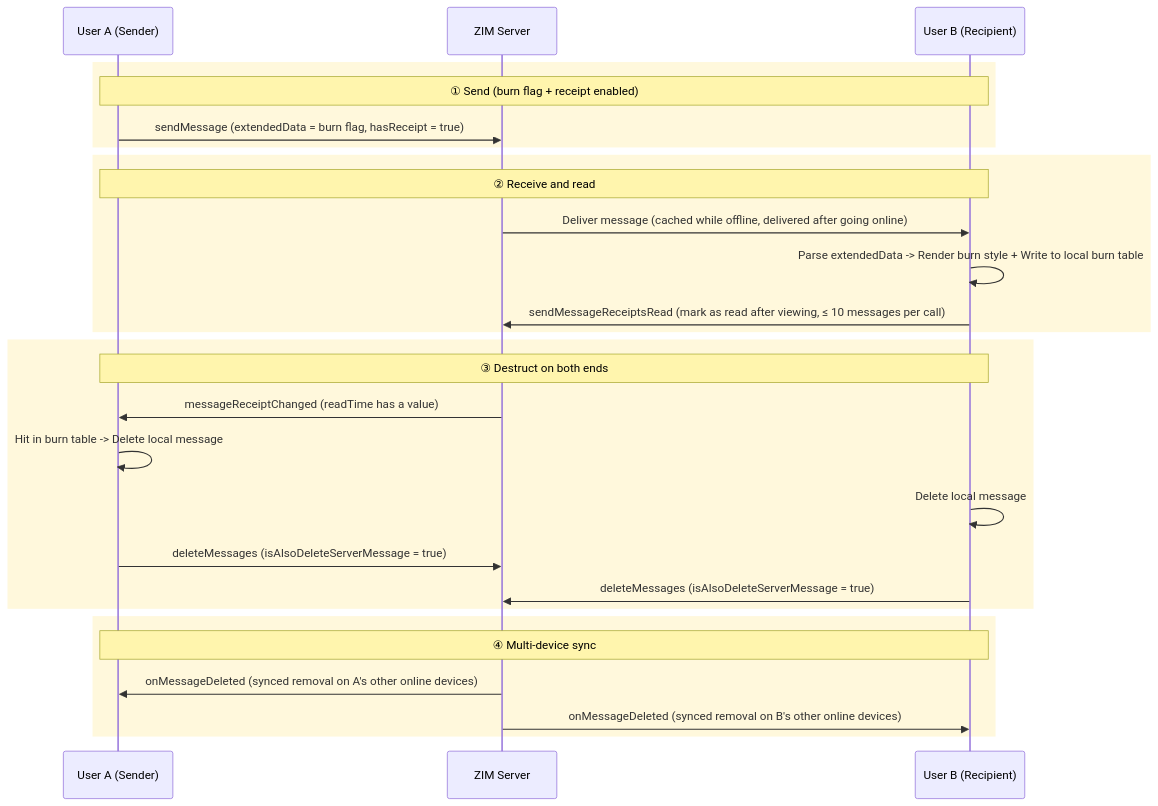
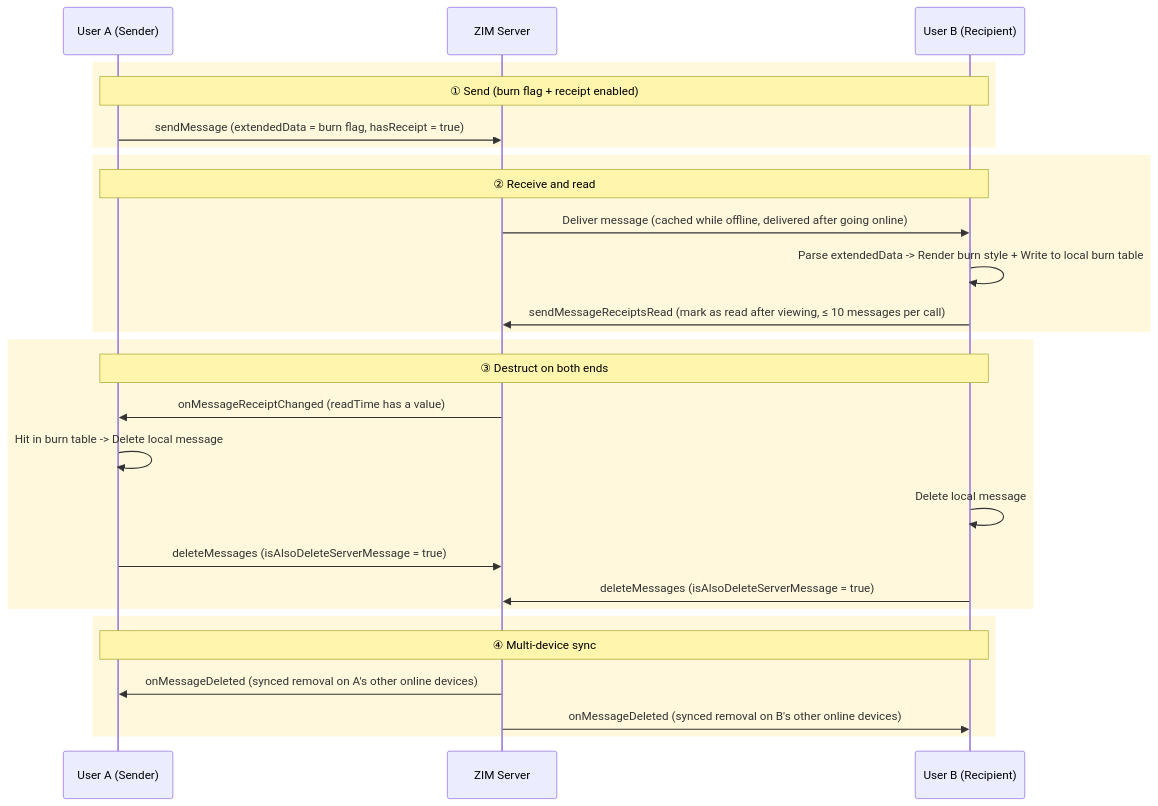
One commit to ZEGOCLOUD/docs_all changed the diagram in core_products/zim/en/docs_zim_android/best-practice/message-destruction.mdx. Above: the diagram before and after it, drawn with Mermaid. The commit also changed 1 other file, not shown here.

Commit message:
ZIM: Replace messageReceiptChanged with onMessageReceiptChanged in sequence diagram

````diff
--- a/core_products/zim/en/docs_zim_android/best-practice/message-destruction.mdx
+++ b/core_products/zim/en/docs_zim_android/best-practice/message-destruction.mdx
@@ -66,44 +66,44 @@
 ```mermaid
 sequenceDiagram
     participant A as User A (Sender)
     participant S as ZIM Server
     participant B as User B (Recipient)
 
     %% Phase ①
     rect rgb(255, 248, 220)
         Note over A,B: ① Send (burn flag + receipt enabled)
         A->>S: sendMessage (extendedData = burn flag, hasReceipt = true)
     end
 
     %% Phase ②
     rect rgb(255, 248, 220)
         Note over A,B: ② Receive and read
         S->>B: Deliver message (cached while offline, delivered after going online)
         
         %% B's self-processing (corresponds to the bent box on the right of the original diagram)
         B->>B: Parse extendedData -> Render burn style + Write to local burn table
         
         B->>S: sendMessageReceiptsRead (mark as read after viewing, ≤ 10 messages per call)
     end
 
     %% Phase ③
     rect rgb(255, 248, 220)
         Note over A,B: ③ Destruct on both ends
-        S->>A: messageReceiptChanged (readTime has a value)
+        S->>A: onMessageReceiptChanged (readTime has a value)
         
         %% A's self-processing
         A->>A: Hit in burn table -> Delete local message
         %% B's self-processing
         B->>B: Delete local message
         
         A->>S: deleteMessages (isAlsoDeleteServerMessage = true)
         B->>S: deleteMessages (isAlsoDeleteServerMessage = true)
     end
 
     %% Phase ④
     rect rgb(255, 248, 220)
         Note over A,B: ④ Multi-device sync
         S->>A: onMessageDeleted (synced removal on A's other online devices)
         S->>B: onMessageDeleted (synced removal on B's other online devices)
     end
 ```
````
